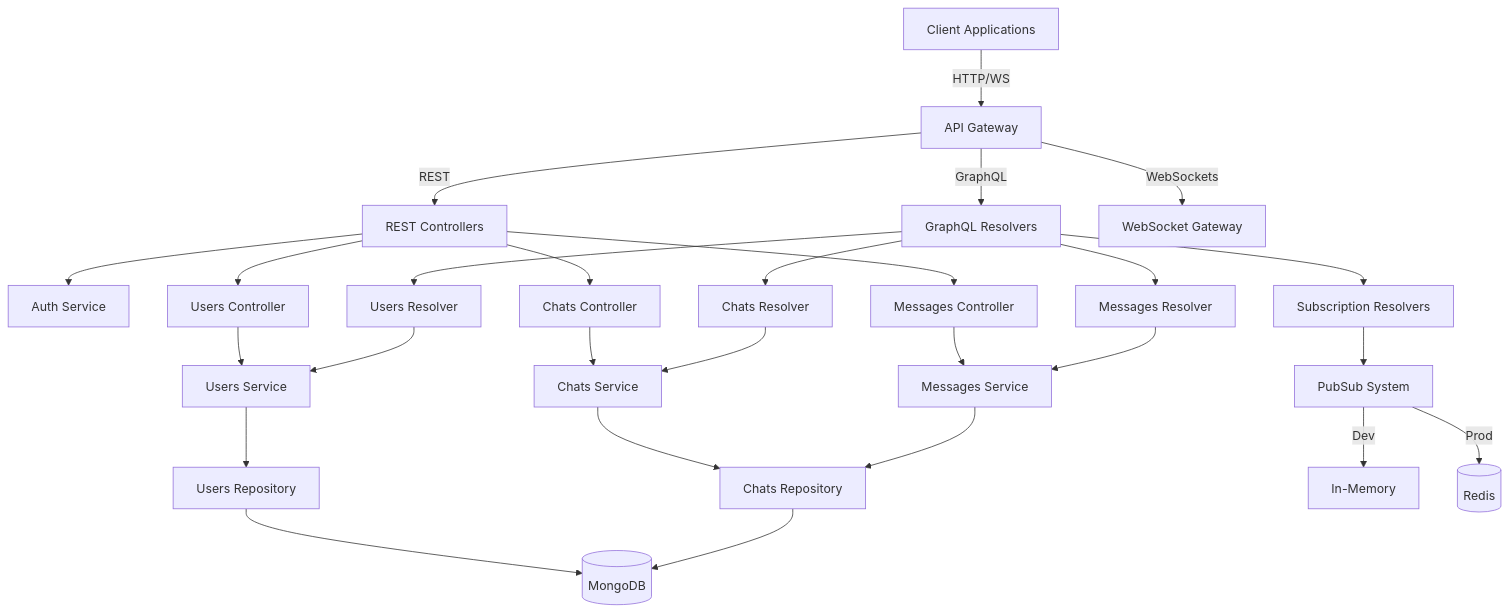
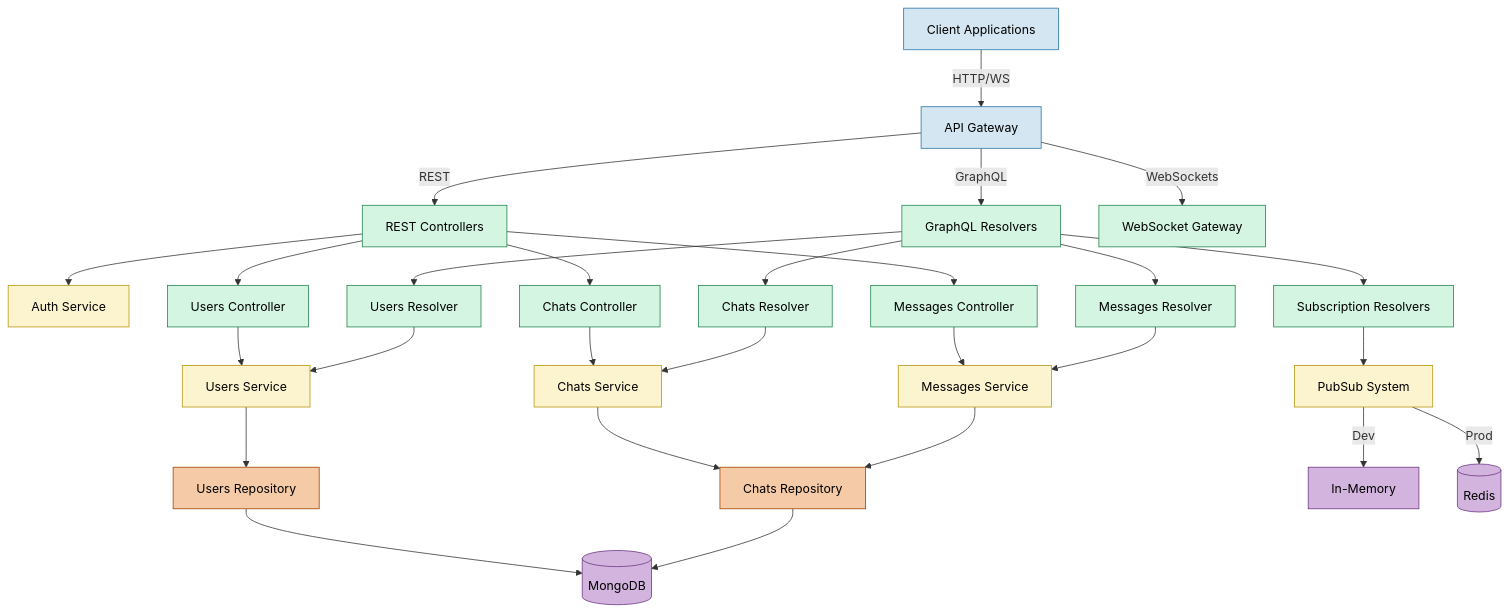
One commit to aniketdebnath/apollo-chat changed the second of 3 diagrams in README.md. Above: the diagram before and after it, drawn with Mermaid. The commit also changed other lines of this file and 10 other files, not shown here.

Commit message:
inconsistency in diagrams fixed, updated with high contrast fill color suitable for github dark mode

````diff
--- a/README.md
+++ b/README.md
@@ -218,39 +189,51 @@
 ```mermaid
 graph TB
     Client[Client Applications] -->|HTTP/WS| API[API Gateway]
 
     API -->|REST| REST[REST Controllers]
     API -->|GraphQL| GQL[GraphQL Resolvers]
     API -->|WebSockets| WS[WebSocket Gateway]
 
     REST --> Auth[Auth Service]
     REST --> UserC[Users Controller]
     REST --> ChatC[Chats Controller]
     REST --> MsgC[Messages Controller]
 
     GQL --> UserR[Users Resolver]
     GQL --> ChatR[Chats Resolver]
     GQL --> MsgR[Messages Resolver]
     GQL --> SubR[Subscription Resolvers]
 
     UserC --> UserS[Users Service]
     UserR --> UserS
 
     ChatC --> ChatS[Chats Service]
     ChatR --> ChatS
 
     MsgC --> MsgS[Messages Service]
     MsgR --> MsgS
 
     SubR --> PS[PubSub System]
 
     UserS --> UR[Users Repository]
     ChatS --> CR[Chats Repository]
     MsgS --> CR
 
     UR --> DB[(MongoDB)]
     CR --> DB
 
     PS -->|Dev| Memory[In-Memory]
     PS -->|Prod| Redis[(Redis)]
+
+    classDef gateway fill:#D4E6F1,stroke:#2874A6,stroke-width:1px,color:#000;
+    classDef controllers fill:#D5F5E3,stroke:#1E8449,stroke-width:1px,color:#000;
+    classDef services fill:#FCF3CF,stroke:#B7950B,stroke-width:1px,color:#000;
+    classDef repositories fill:#F5CBA7,stroke:#A04000,stroke-width:1px,color:#000;
+    classDef database fill:#D2B4DE,stroke:#6C3483,stroke-width:1px,color:#000;
+
+    class Client,API gateway;
+    class REST,GQL,WS,UserC,ChatC,MsgC,UserR,ChatR,MsgR,SubR controllers;
+    class Auth,UserS,ChatS,MsgS,PS services;
+    class UR,CR repositories;
+    class DB,Memory,Redis database;
 ```
````
